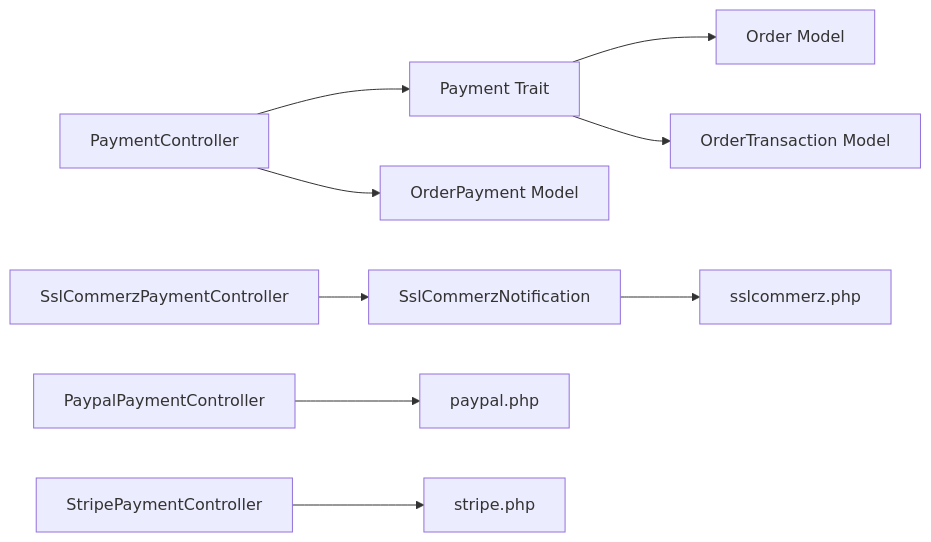
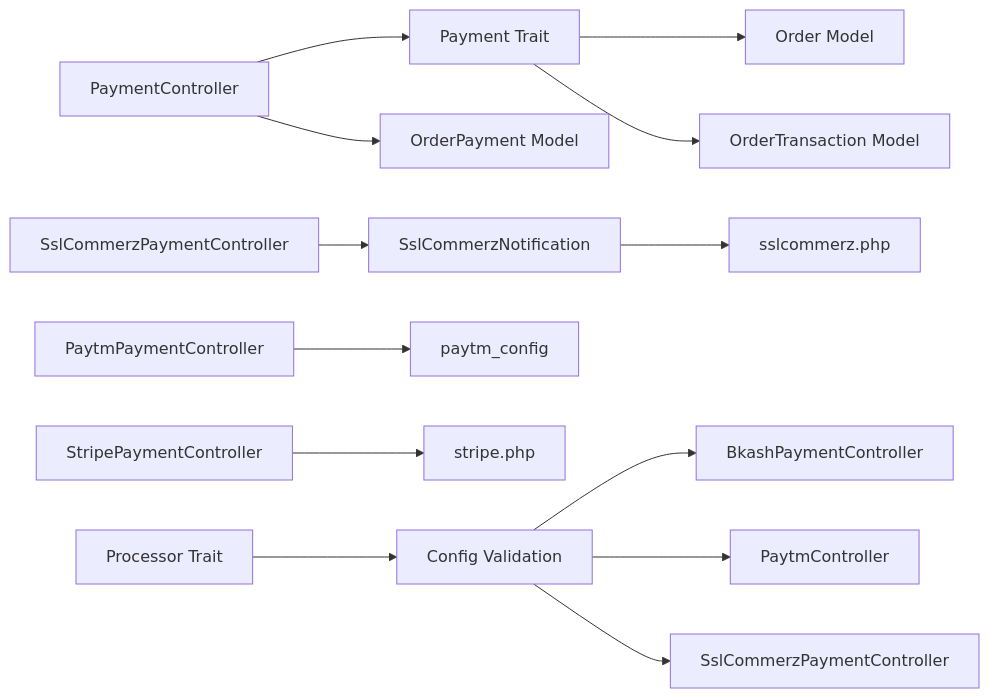
One commit to Hamdies/waddy_back changed the seventh of 10 diagrams in .qoder/repowiki/en/content/Payment Processing System/Payment Processing System.md. Above: the diagram before and after it, drawn with Mermaid. The commit also changed other lines of this file and 4 other files, not shown here.

````diff
--- a/.qoder/repowiki/en/content/Payment Processing System/Payment Processing System.md
+++ b/.qoder/repowiki/en/content/Payment Processing System/Payment Processing System.md
@@ -452,11 +508,15 @@
 ```mermaid
 graph LR
 PaymentController --> PaymentTrait["Payment Trait"]
 PaymentController --> OrderPaymentModel["OrderPayment Model"]
 SslCommerzPaymentController --> SslCommerzImpl["SslCommerzNotification"]
 SslCommerzImpl --> SslCommerzCfg["sslcommerz.php"]
-PaypalPaymentController --> PaypalCfg["paypal.php"]
+PaytmPaymentController --> PaytmCfg["paytm_config"]
 StripePaymentController --> StripeCfg["stripe.php"]
 PaymentTrait --> OrderModel["Order Model"]
 PaymentTrait --> OrderTxnModel["OrderTransaction Model"]
+Processor["Processor Trait"] --> ConfigValidation["Config Validation"]
+ConfigValidation --> BkashController["BkashPaymentController"]
+ConfigValidation --> PaytmController["PaytmController"]
+ConfigValidation --> SslCommerzController["SslCommerzPaymentController"]
 ```
````
